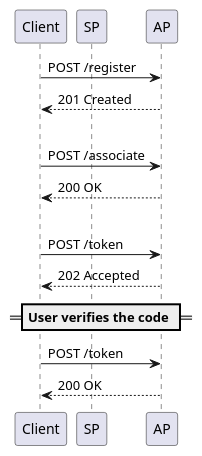
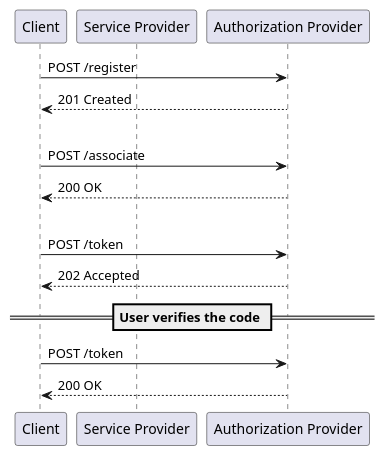
Before and after one commit to ebu/cpa-tutorial: the diagram in docker/tutorial/images/uml/user-mode.plantuml, drawn with PlantUML. The commit also changed 7 other files, not shown here.

```diff
--- a/docker/tutorial/images/uml/user-mode.plantuml
+++ b/docker/tutorial/images/uml/user-mode.plantuml
@@ -1,25 +1,25 @@
 @startuml
 
 participant "Client"
-participant "SP"
-participant "AP"
+participant "Service Provider" as SP
+participant "Authorization Provider" as AP
 
 Client -> AP: POST /register
 Client <-- AP: 201 Created
 
 |||
 
 Client -> AP: POST /associate
 Client <-- AP: 200 OK
 
 |||
 
 Client -> AP: POST /token
 Client <-- AP: 202 Accepted
 
 == User verifies the code ==
 
 Client -> AP: POST /token
 Client <-- AP: 200 OK
 
 @enduml
```
